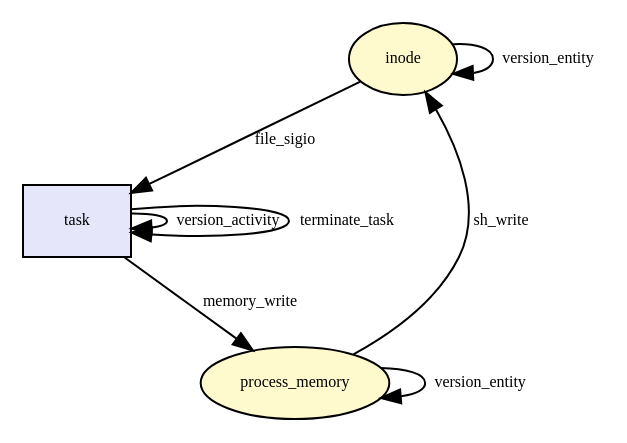
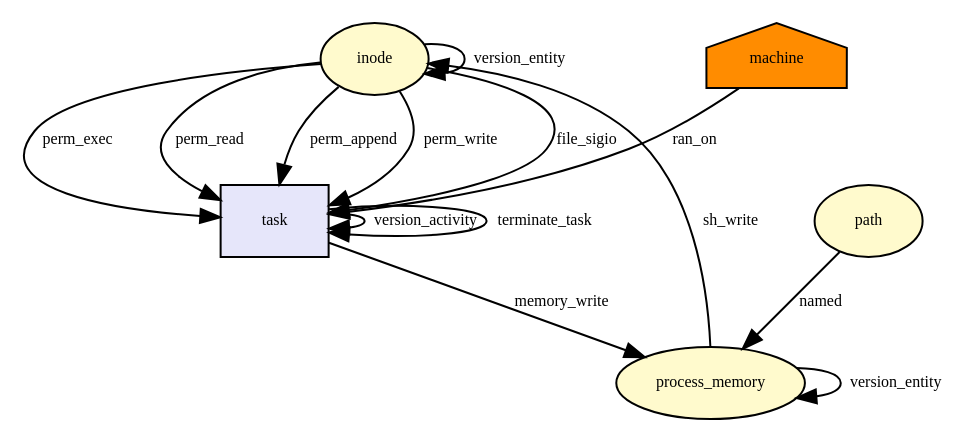
One commit to CamFlow/camflow-dev changed the diagram in docs/dot/__x64_sys_mincore.dot. Above: the diagram before and after it, drawn with Graphviz. The commit also changed 39 other files, not shown here.

```diff
--- a/docs/dot/__x64_sys_mincore.dot
+++ b/docs/dot/__x64_sys_mincore.dot
@@ -1,21 +1,37 @@
 digraph RGL__DirectedAdjacencyGraph {inode[fontsize = 8,label = inode,shape = ellipse, fillcolor="#fffacd", style = filled]
 
 task[fontsize = 8,label = task,shape = rectangle, fillcolor="#e6e6fa", style = filled]
 
 inode -> task[fontsize = 8,label = file_sigio]
 
 process_memory[fontsize = 8,label = process_memory,shape = ellipse, fillcolor="#fffacd", style = filled]
 
 task -> process_memory[fontsize = 8,label = memory_write]
 
 task -> task[fontsize = 8,label = version_activity]
 
 process_memory -> process_memory[fontsize = 8,label = version_entity]
 
 process_memory -> inode[fontsize = 8,label = sh_write]
 
 inode -> inode[fontsize = 8,label = version_entity]
 
+path[fontsize = 8,label = path,shape = ellipse, fillcolor="#fffacd", style = filled]
+
+path -> process_memory[fontsize = 8,label = named]
+
+machine[fontsize = 8,label = machine,shape = house, fillcolor="#ff8c00", style = filled]
+
+machine -> task[fontsize = 8,label = ran_on]
+
+inode -> task[fontsize = 8,label = perm_exec]
+
+inode -> task[fontsize = 8,label = perm_read]
+
+inode -> task[fontsize = 8,label = perm_append]
+
+inode -> task[fontsize = 8,label = perm_write]
+
 task -> task[fontsize = 8,label = terminate_task]
 
 }
```
